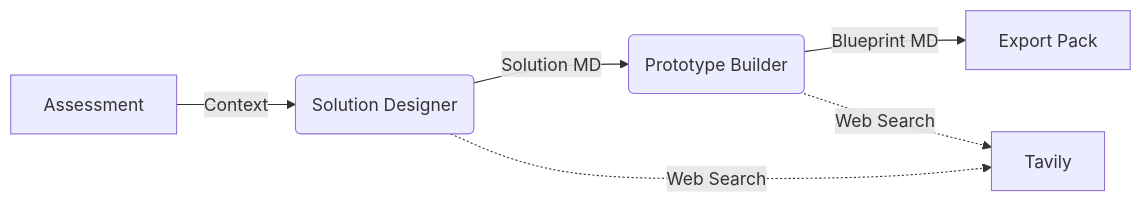
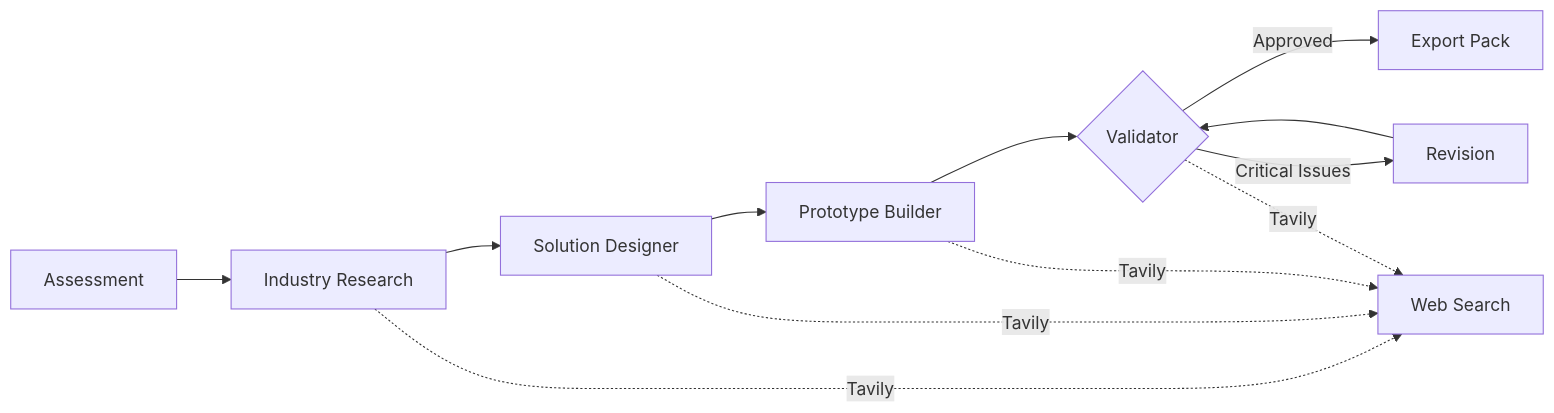
The diagram in README.md (simoesthiago/workflow_improvement_planner), drawn with Mermaid before and after one commit. The commit also changed other lines of this file and 6 other files, not shown here.

````diff
--- a/README.md
+++ b/README.md
@@ -75,8 +100,14 @@
 ```mermaid
-graph LR
-    A[Assessment] -->|Context| B(Solution Designer)
-    B -->|Solution MD| C(Prototype Builder)
-    C -->|Blueprint MD| D[Export Pack]
-    B -.->|Web Search| E[Tavily]
-    C -.->|Web Search| E
+flowchart LR
+    A[Assessment] --> B[Industry Research]
+    B --> C[Solution Designer]
+    C --> D[Prototype Builder]
+    D --> E{Validator}
+    E -->|Approved| F[Export Pack]
+    E -->|Critical Issues| G[Revision]
+    G --> E
+    B -.->|Tavily| H[Web Search]
+    C -.->|Tavily| H
+    D -.->|Tavily| H
+    E -.->|Tavily| H
 ```
````
